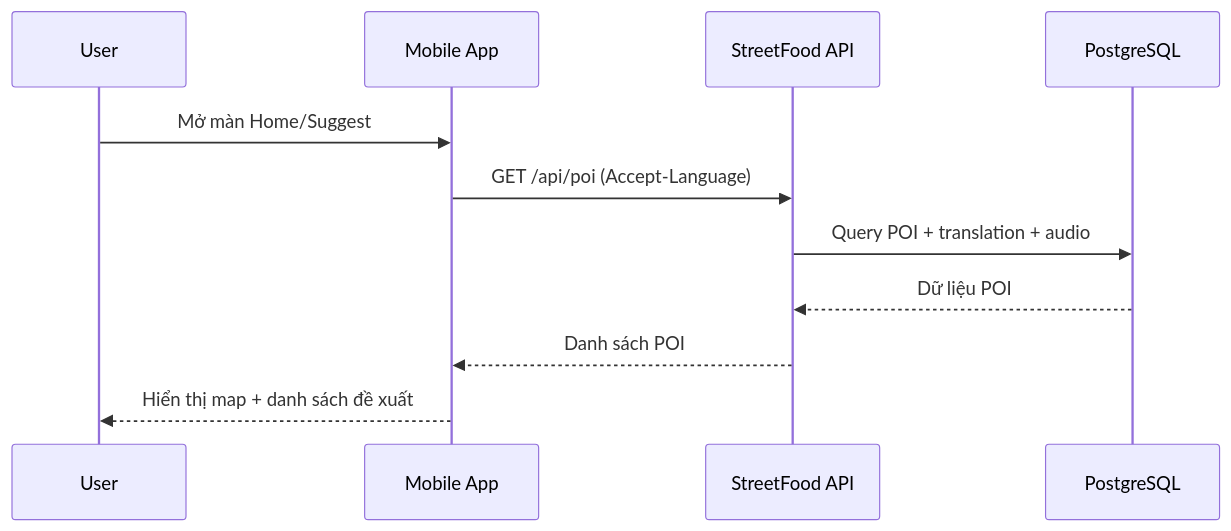
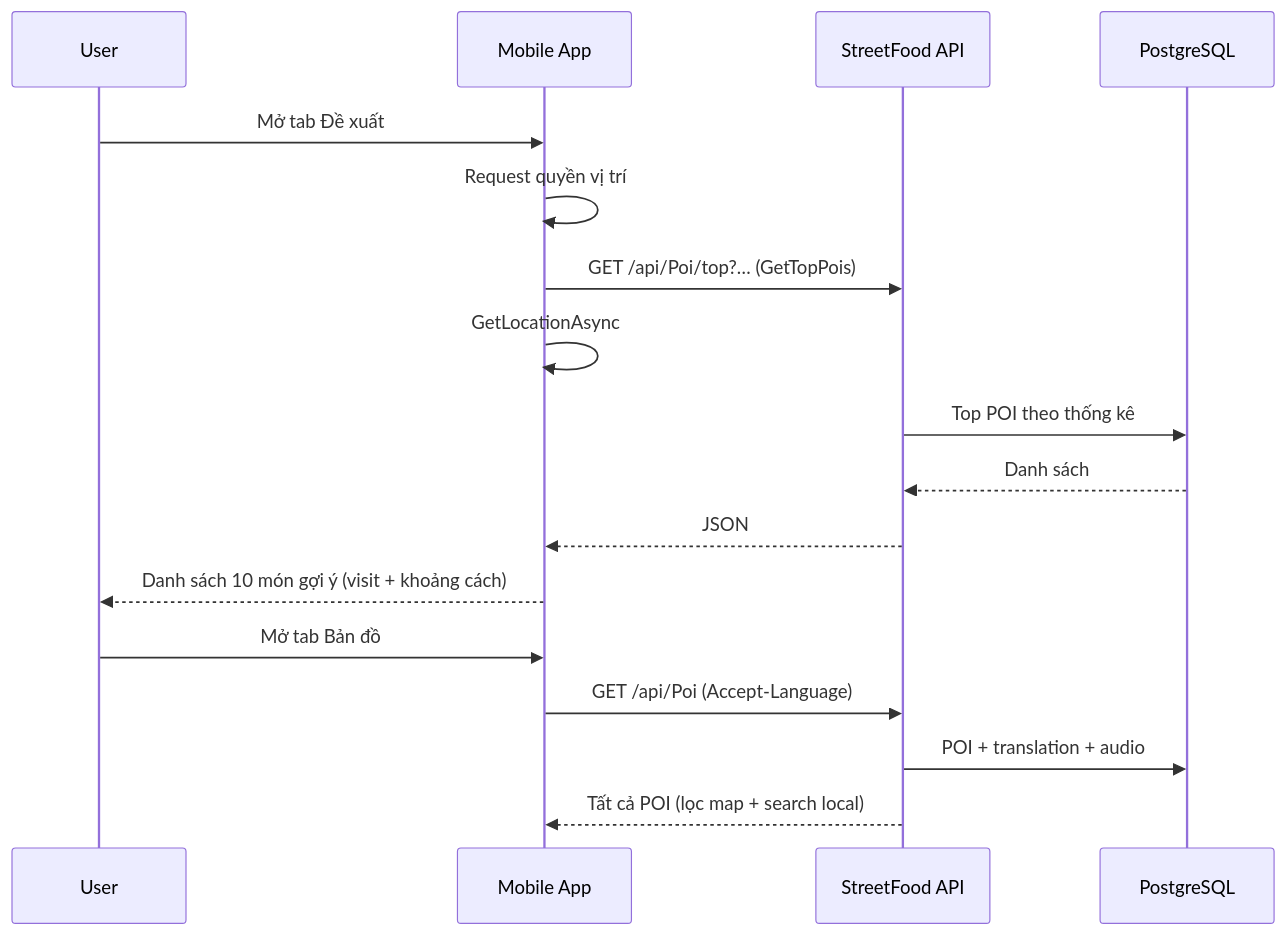
The seventh of 55 diagrams in prd.md (NguyenPhuc-Du/StreetFood), drawn with Mermaid before and after one commit. The commit also changed other lines of this file and 8 other files, not shown here.

````diff
--- a/prd.md
+++ b/prd.md
@@ -805,14 +830,21 @@
 ```mermaid
 sequenceDiagram
     participant U as User
     participant M as Mobile App
     participant API as StreetFood API
     participant DB as PostgreSQL
 
-    U->>M: Mở màn Home/Suggest
-    M->>API: GET /api/poi (Accept-Language)
-    API->>DB: Query POI + translation + audio
-    DB-->>API: Dữ liệu POI
-    API-->>M: Danh sách POI
-    M-->>U: Hiển thị map + danh sách đề xuất
+    U->>M: Mở tab Đề xuất
+    M->>M: Request quyền vị trí
+    M->>API: GET /api/Poi/top?… (GetTopPois)
+    M->>M: GetLocationAsync
+    API->>DB: Top POI theo thống kê
+    DB-->>API: Danh sách
+    API-->>M: JSON
+    M-->>U: Danh sách 10 món gợi ý (visit + khoảng cách)
+
+    U->>M: Mở tab Bản đồ
+    M->>API: GET /api/Poi (Accept-Language)
+    API->>DB: POI + translation + audio
+    API-->>M: Tất cả POI (lọc map + search local)
 ```
````
